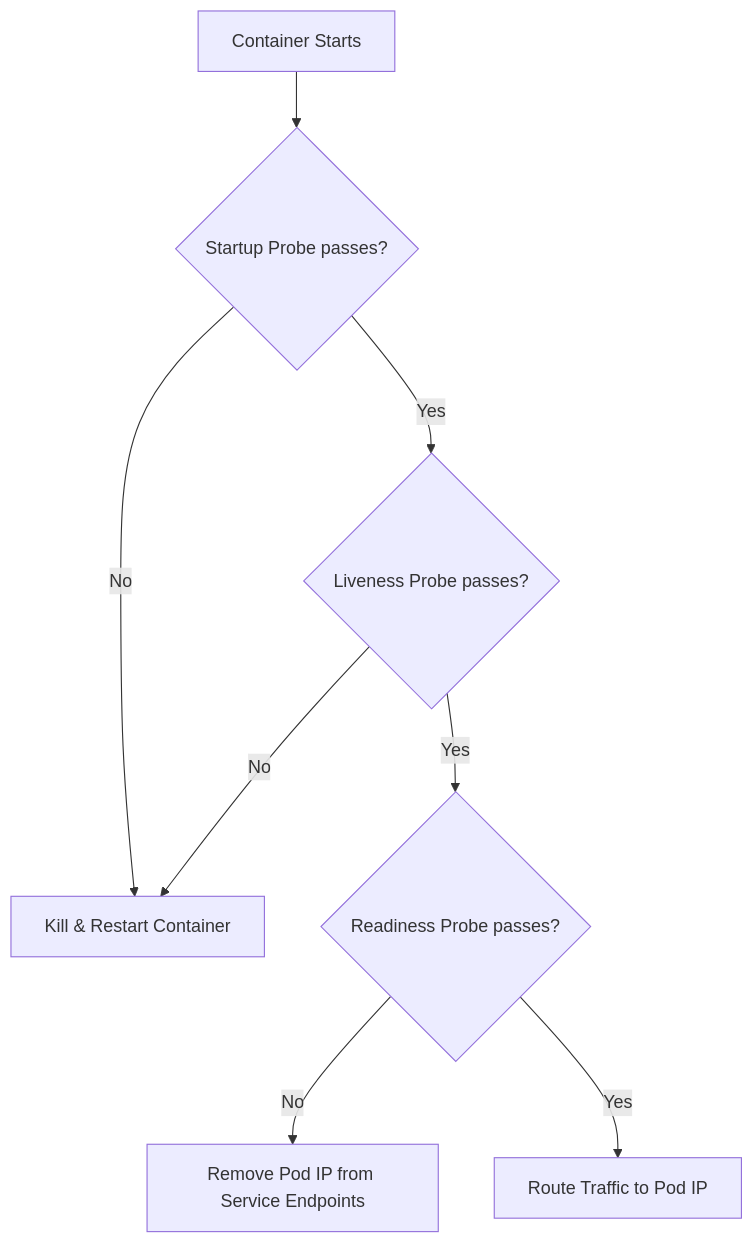
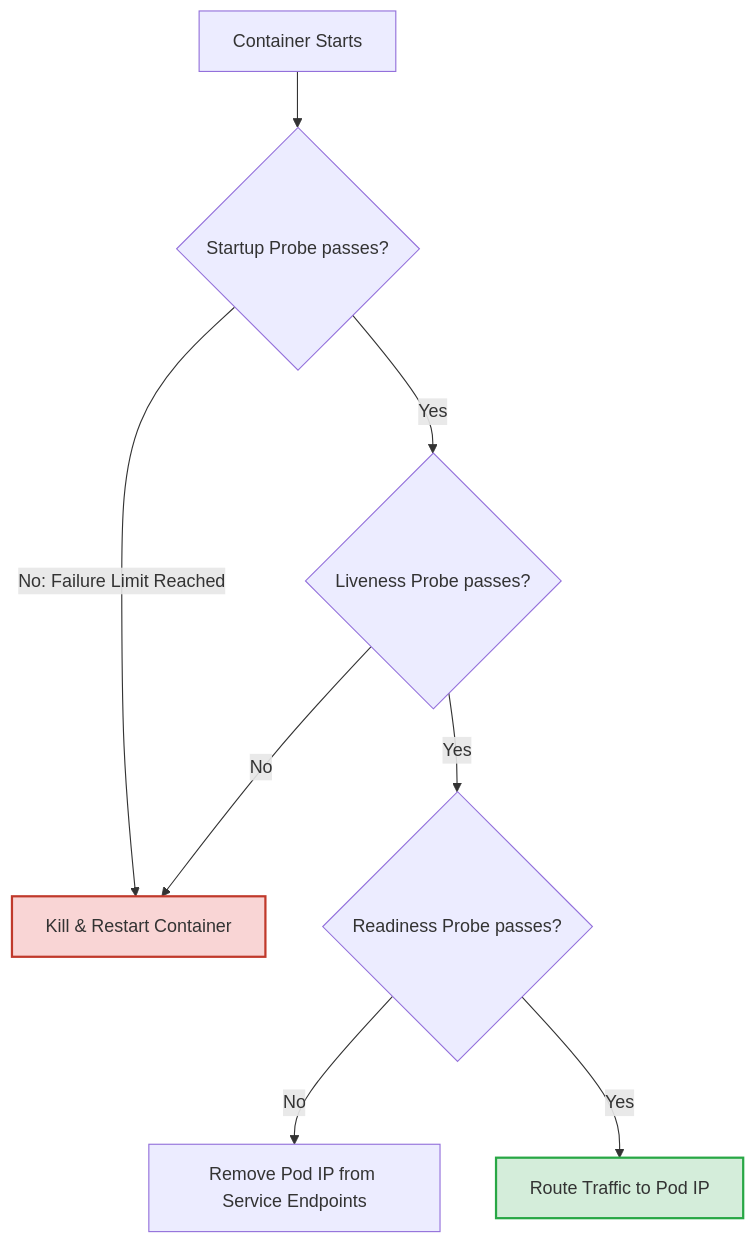
Before and after one commit to Rohit1024/kubernetes: the diagram in docs/lessons/0009-resources-probes-graceful-shutdown.md, drawn with Mermaid. The commit also changed other lines of this file and 42 other files, not shown here.

````diff
--- a/docs/lessons/0009-resources-probes-graceful-shutdown.md
+++ b/docs/lessons/0009-resources-probes-graceful-shutdown.md
@@ -34,10 +42,15 @@
 ```mermaid
 graph TD
     Start["Container Starts"] --> Startup{"Startup Probe passes?"}
-    Startup -->|No| Restart["Kill & Restart Container"]
+    Startup -->|No: Failure Limit Reached| Restart["Kill & Restart Container"]
     Startup -->|Yes| Liveness{"Liveness Probe passes?"}
+    
     Liveness -->|No| Restart
     Liveness -->|Yes| Readiness{"Readiness Probe passes?"}
+    
     Readiness -->|No| RemoveEndpoint["Remove Pod IP from Service Endpoints"]
     Readiness -->|Yes| AddEndpoint["Route Traffic to Pod IP"]
+
+    style Restart fill:#f9d5d5,stroke:#c0392b,stroke-width:2px;
+    style AddEndpoint fill:#d4edda,stroke:#28a745,stroke-width:2px;
 ```
````
